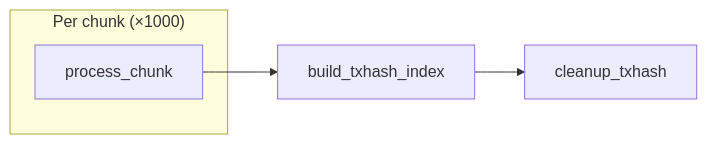
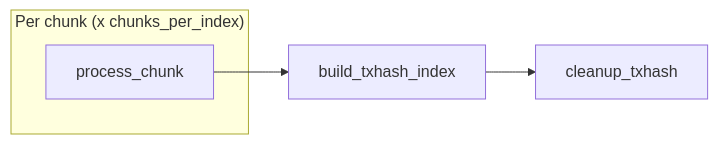
Before and after one commit to stellar/stellar-rpc: the first of 2 diagrams in full-history/design-docs/03-backfill-workflow.md, drawn with Mermaid. The commit also changed other lines of this file, not shown here.

Commit message:
docs: rewrite backfill workflow -- index concept, chunks_per_index, clean keys

````diff
--- a/full-history/design-docs/03-backfill-workflow.md
+++ b/full-history/design-docs/03-backfill-workflow.md
@@ -94,8 +81,8 @@
 ```mermaid
 flowchart LR
-    subgraph "Per chunk (×1000)"
+    subgraph "Per chunk (x chunks_per_index)"
         PC["process_chunk"]
     end
     PC --> BTI["build_txhash_index"]
     BTI --> CT["cleanup_txhash"]
 ```
````
